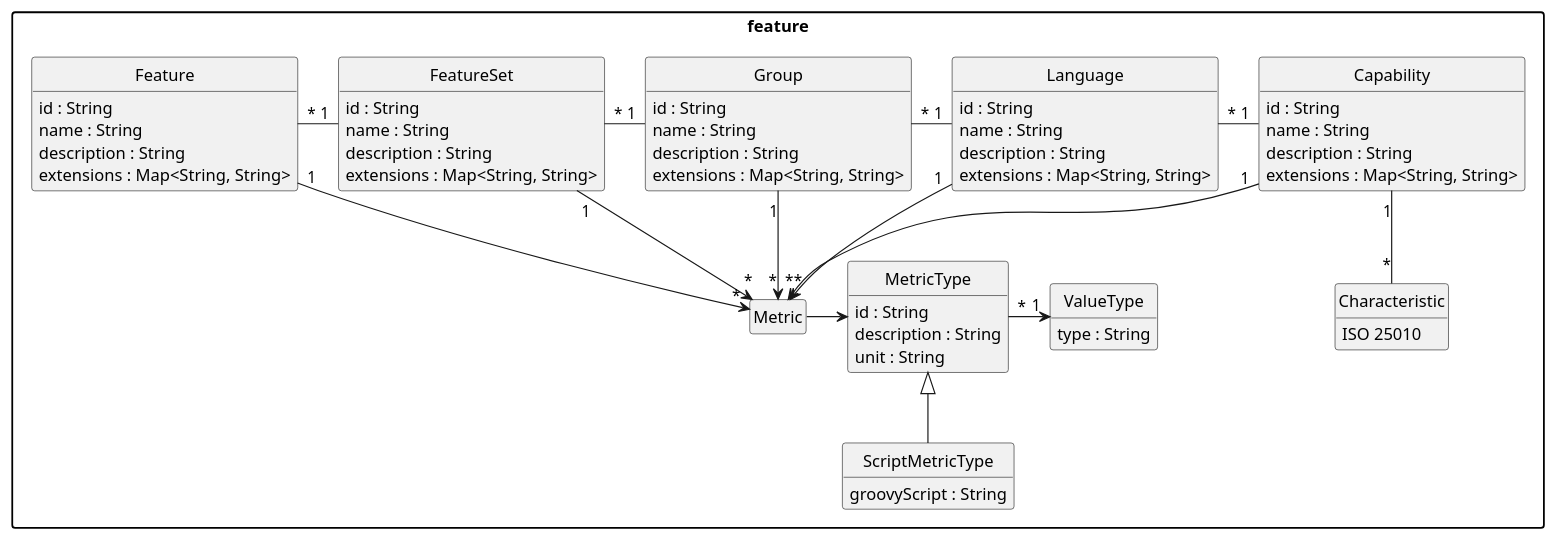
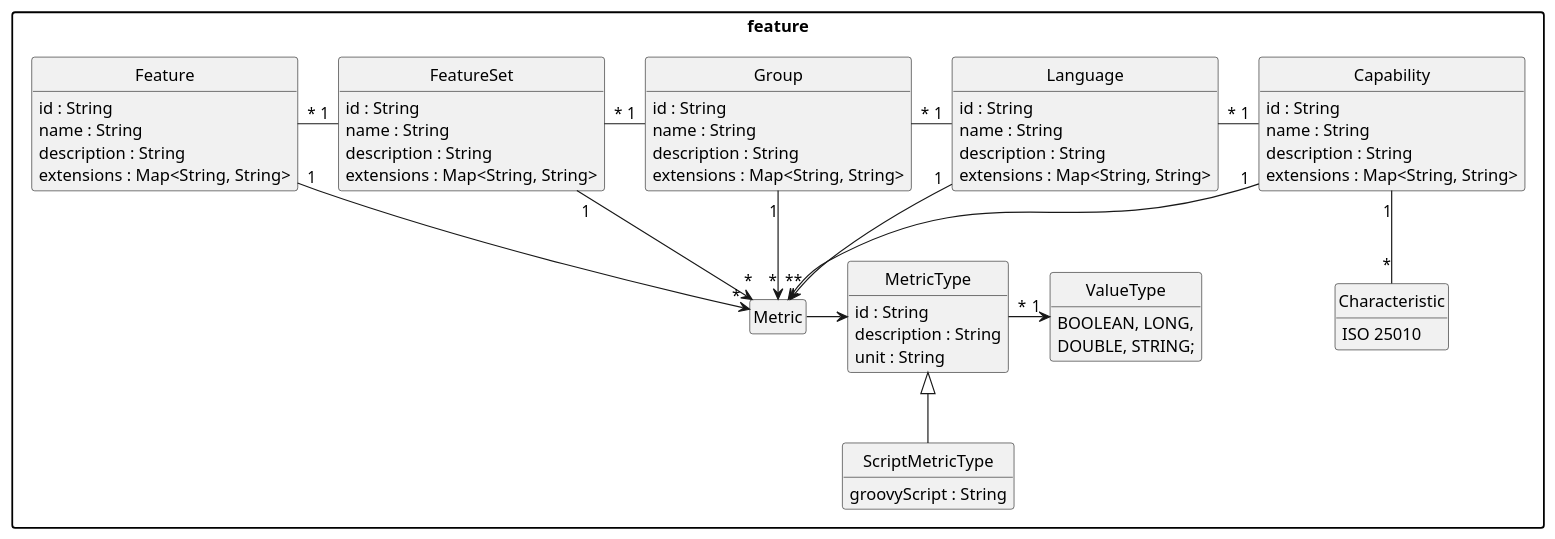
The diagram in pebl/doc/benchmark-feature.puml (uniba-dsg/betsy), drawn with PlantUML before and after one commit. The commit also changed 28 other files, not shown here.

```diff
--- a/pebl/doc/benchmark-feature.puml
+++ b/pebl/doc/benchmark-feature.puml
@@ -1,84 +1,85 @@
 @startuml
 package "feature" {
 
-	class ValueType {
-	  type : String
+	enum ValueType {
+      BOOLEAN, LONG,
+      DOUBLE, STRING;
 	}
 
 	class ScriptMetricType extends MetricType {
 	  groovyScript : String
 	}
 
 	class Metric
 
 	class MetricType {
 	  id : String
 	  description : String
 	  unit : String
 	}
 
 	enum Characteristic {
 		ISO 25010
 	}
 
 	class Capability {
 	  id : String
 	  name : String
 	  description : String
 	  extensions : Map<String, String>
 	}
 
 	class Language {
 	  id : String
 	  name : String
 	  description : String
 	  extensions : Map<String, String>
 	}
 
 	class Group {
 	  id : String
 	  name : String
 	  description : String
 	  extensions : Map<String, String>
 	}
 
 	class FeatureSet {
 	  id : String
 	  name : String
 	  description : String
 	  extensions : Map<String, String>
 	}
 
 	class Feature {
 	  id : String
 	  name : String
 	  description : String
 	  extensions : Map<String, String>
 	}
 
 }
 
 Capability "1" -down- "*" Characteristic
 
 Feature "*" -right- "1" FeatureSet
 FeatureSet "*" -right- "1" Group
 Group "*" -right- "1" Language
 Language "*" -right- "1" Capability
 
 MetricType "*" -right-> "1" ValueType
 Metric -> MetricType
 
 Capability "1" --> "*" Metric
 Language "1" --> "*" Metric
 Group "1" --> "*" Metric
 FeatureSet "1" --> "*" Metric
 Feature "1" --> "*" Metric
 
 hide empty members
 hide empty methods
 hide circle
 
 skinparam monochrome true
 skinparam shadowing false
 skinparam packageStyle rect
 @enduml
```
